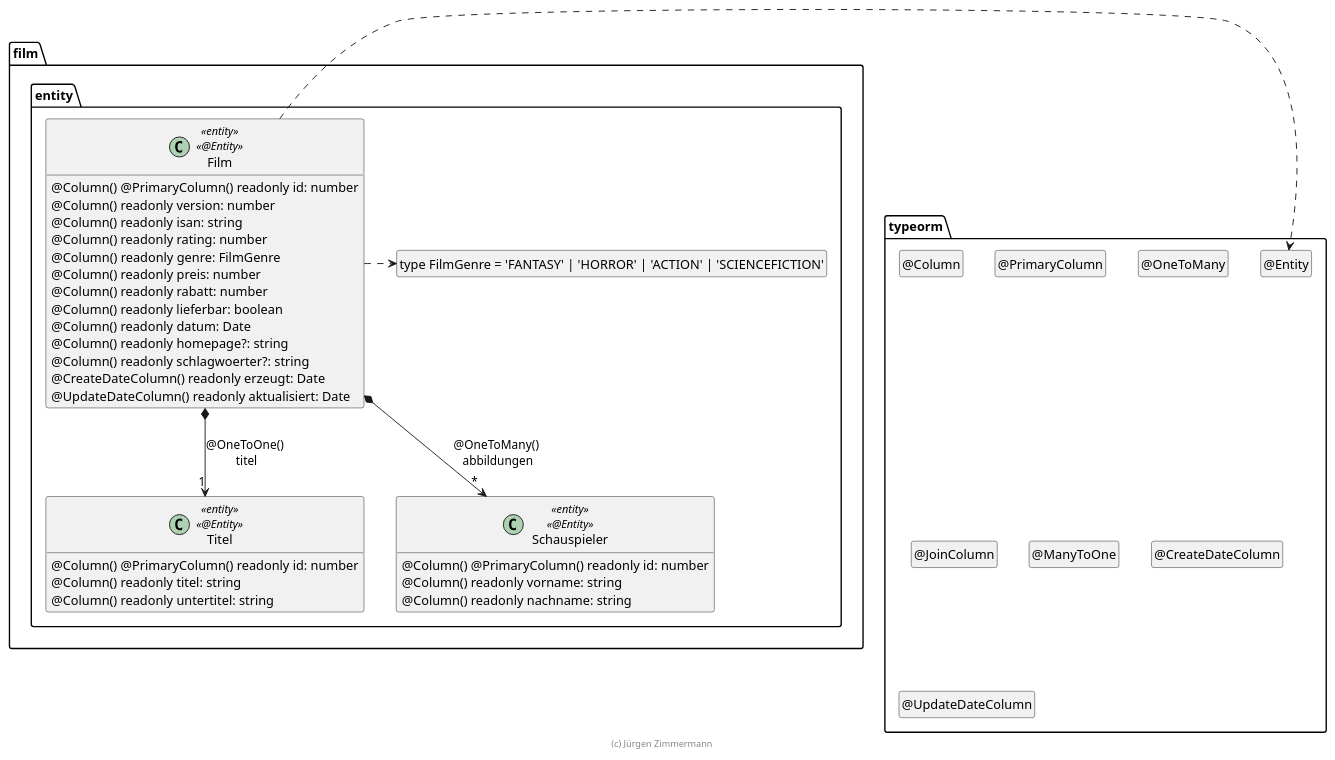
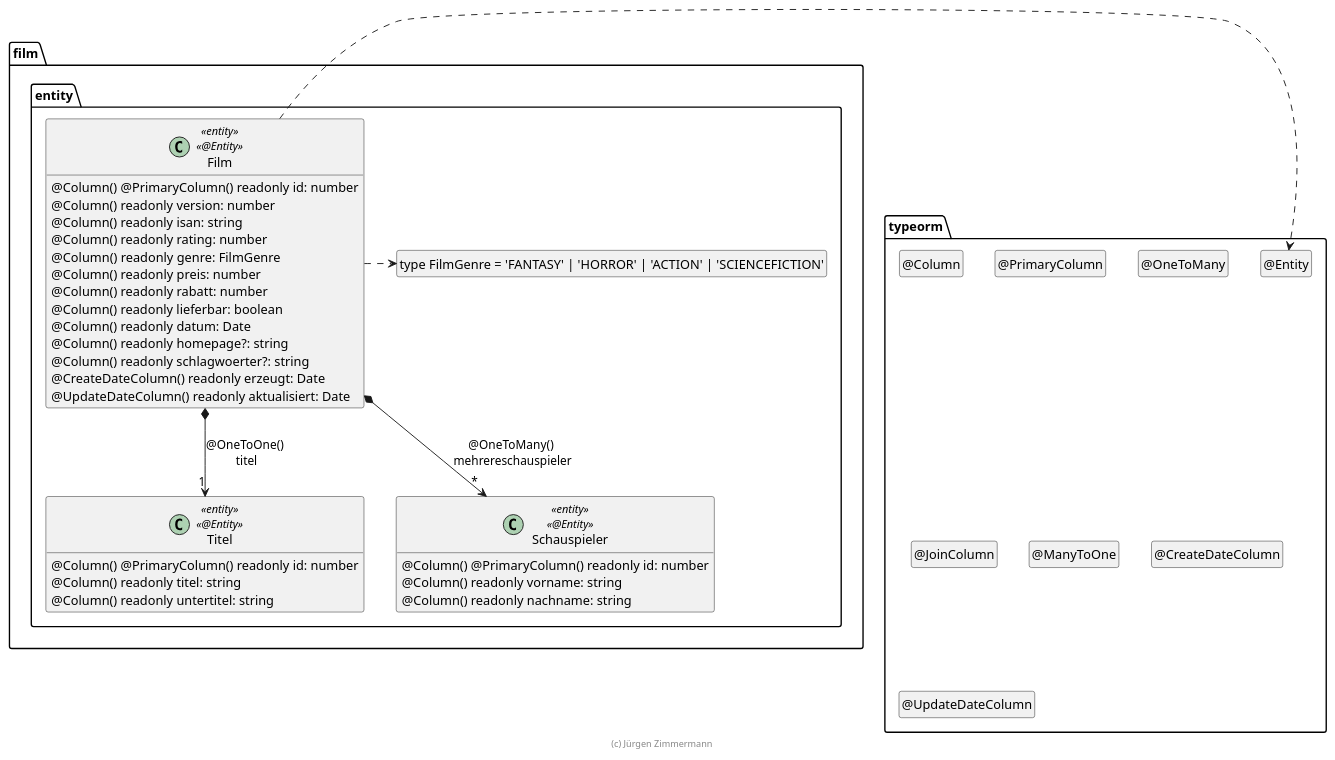
Before and after one commit to AchimSee/Film: the diagram in .extras/doc/projekthandbuch/Film.plantuml, drawn with PlantUML.

Commit message:
PlantUml angepasst

```diff
--- a/.extras/doc/projekthandbuch/Film.plantuml
+++ b/.extras/doc/projekthandbuch/Film.plantuml
@@ -18,65 +18,65 @@
 @startuml Entity
 
 package typeorm {
   class "@Entity" as Entity
   hide Entity circle
   class "@Column" as Column
   hide Column circle
   class "@PrimaryColumn" as PrimaryColumn
   hide PrimaryColumn circle
   class "@OneToMany" as OneToMany
   hide OneToMany circle
   class "@JoinColumn" as JoinColumn
   hide JoinColumn circle
   class "@ManyToOne" as ManyToOne
   hide ManyToOne circle
   class "@CreateDateColumn" as CreateDateColumn
   hide CreateDateColumn circle
   class "@UpdateDateColumn" as UpdateDateColumn
   hide UpdateDateColumn circle
 }
 
 package film.entity {
   class "type FilmGenre = 'FANTASY' | 'HORROR' | 'ACTION' | 'SCIENCEFICTION'" as FilmGenre
   hide FilmGenre circle
 
   class Film <<entity>> <<@Entity>> {
     @Column() @PrimaryColumn() readonly id: number
     @Column() readonly version: number
     @Column() readonly isan: string
     @Column() readonly rating: number
     @Column() readonly genre: FilmGenre
     @Column() readonly preis: number
     @Column() readonly rabatt: number
     @Column() readonly lieferbar: boolean
     @Column() readonly datum: Date
     @Column() readonly homepage?: string
     @Column() readonly schlagwoerter?: string
     @CreateDateColumn() readonly erzeugt: Date
     @UpdateDateColumn() readonly aktualisiert: Date
   }
 
   class Titel <<entity>> <<@Entity>> {
     @Column() @PrimaryColumn() readonly id: number
     @Column() readonly titel: string
     @Column() readonly untertitel: string
   }
 
   class Schauspieler <<entity>> <<@Entity>> {
     @Column() @PrimaryColumn() readonly id: number
     @Column() readonly vorname: string
     @Column() readonly nachname: string
   }
 
   Film *--> "1" Titel : @OneToOne() \ntitel
-  Film *--> "*" Schauspieler : @OneToMany() \nabbildungen
+  Film *--> "*" Schauspieler : @OneToMany() \nmehrereschauspieler
 
   Film .right.> Entity
   Film .right.> FilmGenre
 }
 
 hide empty members
 
 footer (c) Jürgen Zimmermann
 
 @enduml
```
